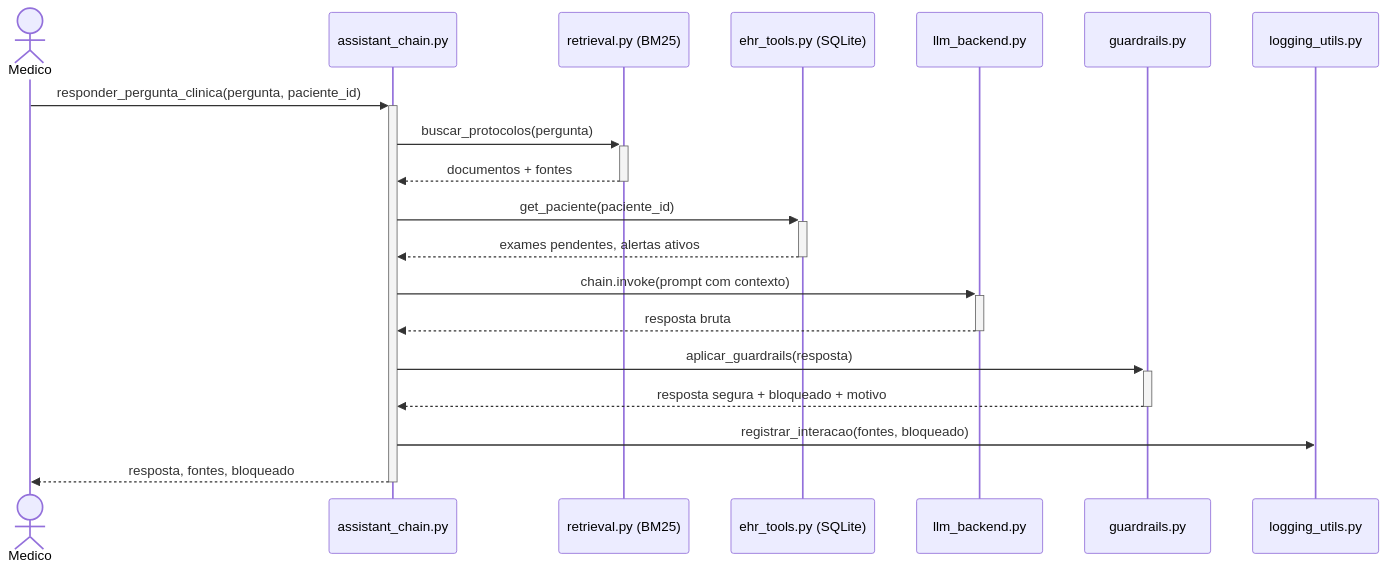
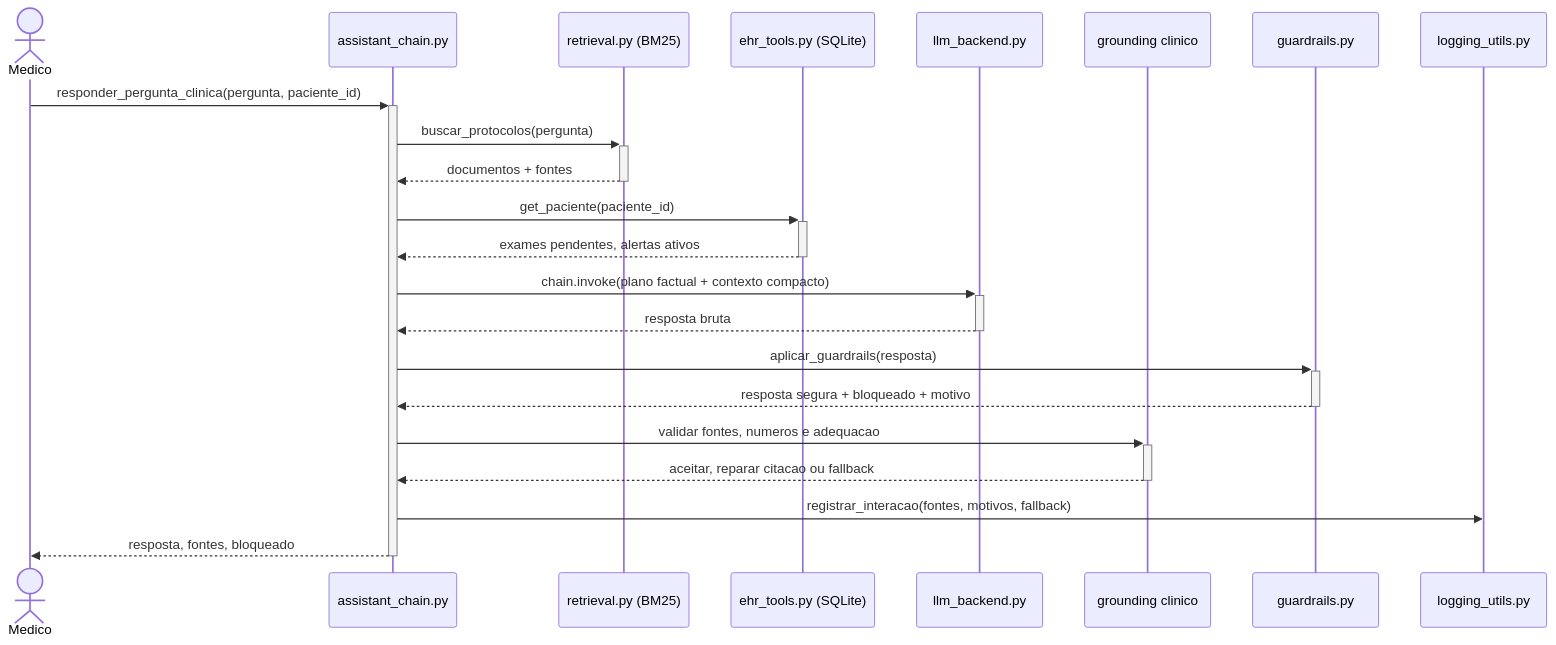
The second of 3 diagrams in docs/arquitetura_fase3.md (netomantonio/tech-challenge-1), drawn with Mermaid before and after one commit. The commit also changed other lines of this file and 53 other files, not shown here.

````diff
--- a/docs/arquitetura_fase3.md
+++ b/docs/arquitetura_fase3.md
@@ -138,22 +142,25 @@
 ```mermaid
 sequenceDiagram
     actor Medico
     participant CHAIN as assistant_chain.py
     participant RETR as retrieval.py (BM25)
     participant EHR as ehr_tools.py (SQLite)
     participant LLM as llm_backend.py
+    participant GROUND as grounding clinico
     participant GUARD as guardrails.py
     participant LOG as logging_utils.py
 
     Medico->>+CHAIN: responder_pergunta_clinica(pergunta, paciente_id)
     CHAIN->>+RETR: buscar_protocolos(pergunta)
     RETR-->>-CHAIN: documentos + fontes
     CHAIN->>+EHR: get_paciente(paciente_id)
     EHR-->>-CHAIN: exames pendentes, alertas ativos
-    CHAIN->>+LLM: chain.invoke(prompt com contexto)
+    CHAIN->>+LLM: chain.invoke(plano factual + contexto compacto)
     LLM-->>-CHAIN: resposta bruta
     CHAIN->>+GUARD: aplicar_guardrails(resposta)
     GUARD-->>-CHAIN: resposta segura + bloqueado + motivo
-    CHAIN->>LOG: registrar_interacao(fontes, bloqueado)
+    CHAIN->>+GROUND: validar fontes, numeros e adequacao
+    GROUND-->>-CHAIN: aceitar, reparar citacao ou fallback
+    CHAIN->>LOG: registrar_interacao(fontes, motivos, fallback)
     CHAIN-->>-Medico: resposta, fontes, bloqueado
 ```
````
